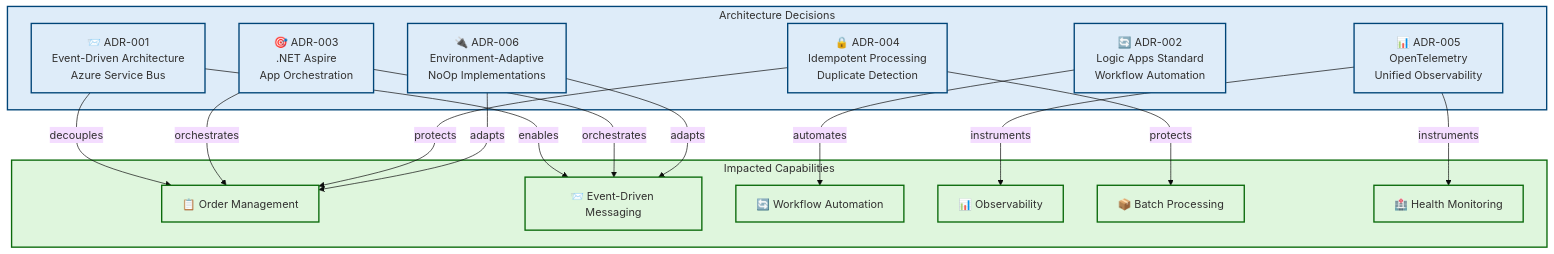
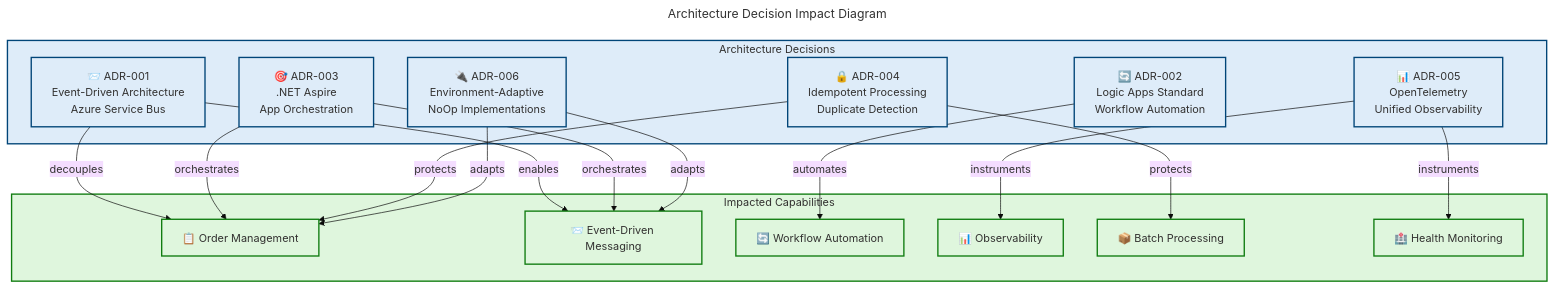
One commit to Evilazaro/Azure-LogicApps-Monitoring changed diagram 11 of 13 in docs/architecture/Business-Layer-Architecture.md. Above: the diagram before and after it, drawn with Mermaid. The commit also changed other lines of this file, not shown here.

Commit message:
docs: update mermaid diagrams for improved clarity and consistency in Business Architecture documentation

````diff
--- a/docs/architecture/Business-Layer-Architecture.md
+++ b/docs/architecture/Business-Layer-Architecture.md
@@ -1354,55 +1388,58 @@
 ```mermaid
 ---
+title: "Architecture Decision Impact Diagram"
 config:
   theme: base
+  themeVariables:
+    fontSize: '16px'
 ---
 graph TB
     accTitle: Architecture Decision Impact Diagram
     accDescr: Shows the 6 ADRs with their impact relationships on capabilities, showing how foundational decisions cascade through the architecture
 
     %% ═══════════════════════════════════════════════════════════════
     %% AZURE / FLUENT ARCHITECTURE PATTERN v1.1
     %% Generated: 2026-02-18T10:30:00Z
     %% Layer: Business
     %% Components: 12
     %% ═══════════════════════════════════════════════════════════════
 
     subgraph decisions ["Architecture Decisions"]
         adr1["📨 ADR-001<br/>Event-Driven Architecture<br/>Azure Service Bus"]
         adr2["🔄 ADR-002<br/>Logic Apps Standard<br/>Workflow Automation"]
         adr3["🎯 ADR-003<br/>.NET Aspire<br/>App Orchestration"]
         adr4["🔒 ADR-004<br/>Idempotent Processing<br/>Duplicate Detection"]
         adr5["📊 ADR-005<br/>OpenTelemetry<br/>Unified Observability"]
         adr6["🔌 ADR-006<br/>Environment-Adaptive<br/>NoOp Implementations"]
     end
 
     subgraph capabilities ["Impacted Capabilities"]
         cap_order["📋 Order Management"]
         cap_msg["📨 Event-Driven Messaging"]
         cap_wf["🔄 Workflow Automation"]
         cap_obs["📊 Observability"]
         cap_batch["📦 Batch Processing"]
         cap_health["🏥 Health Monitoring"]
     end
 
     adr1 -->|"enables"| cap_msg
     adr1 -->|"decouples"| cap_order
     adr2 -->|"automates"| cap_wf
     adr3 -->|"orchestrates"| cap_order
     adr3 -->|"orchestrates"| cap_msg
     adr4 -->|"protects"| cap_order
     adr4 -->|"protects"| cap_batch
     adr5 -->|"instruments"| cap_obs
     adr5 -->|"instruments"| cap_health
     adr6 -->|"adapts"| cap_msg
     adr6 -->|"adapts"| cap_order
 
     style decisions fill:#DEECF9,stroke:#004578,stroke-width:2px,color:#323130
-    style capabilities fill:#DFF6DD,stroke:#0B6A0B,stroke-width:2px,color:#323130
+    style capabilities fill:#DFF6DD,stroke:#107C10,stroke-width:2px,color:#323130
 
     classDef adrStyle fill:#DEECF9,stroke:#004578,stroke-width:2px,color:#323130
-    classDef capStyle fill:#DFF6DD,stroke:#0B6A0B,stroke-width:2px,color:#323130
+    classDef capStyle fill:#DFF6DD,stroke:#107C10,stroke-width:2px,color:#323130
 
     class adr1,adr2,adr3,adr4,adr5,adr6 adrStyle
     class cap_order,cap_msg,cap_wf,cap_obs,cap_batch,cap_health capStyle
 ```
````
